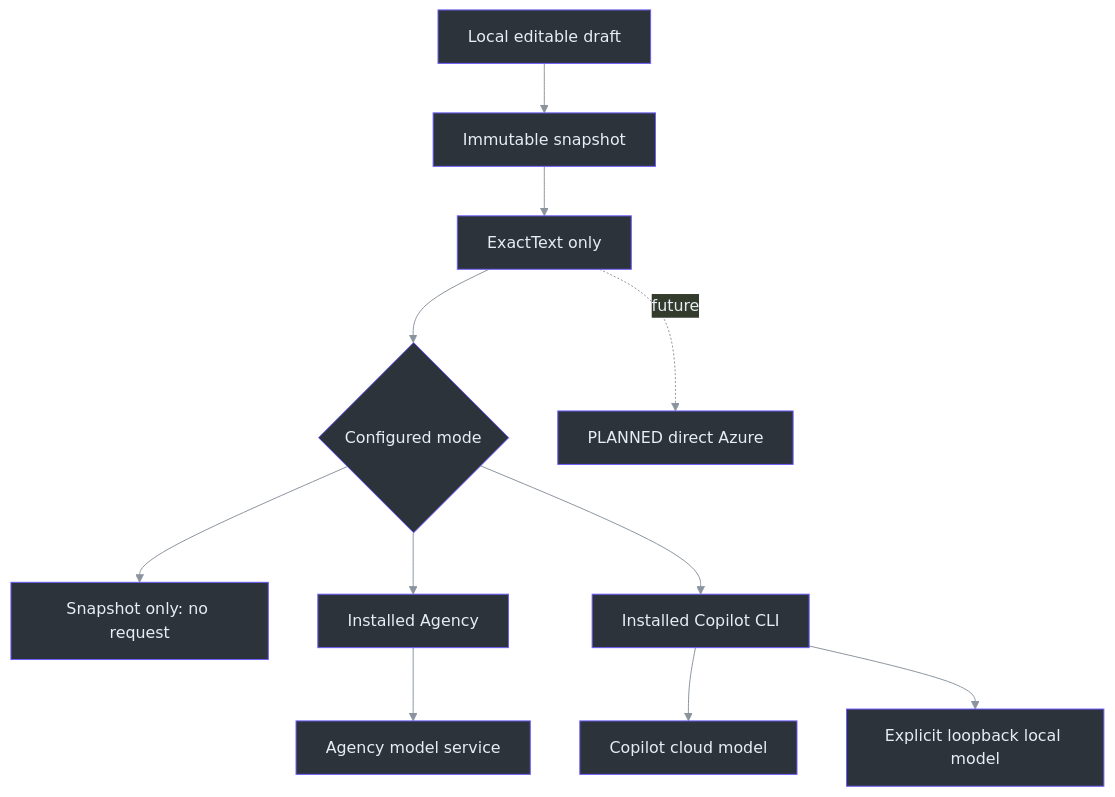
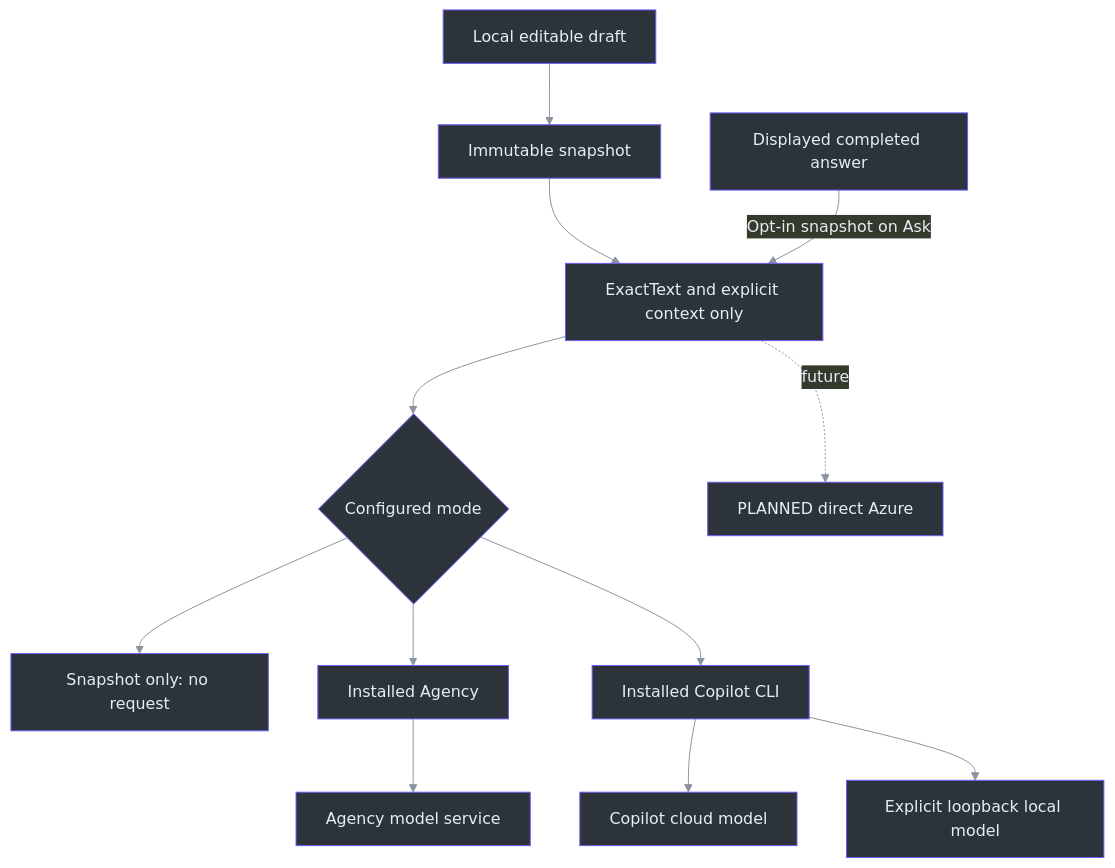
Before and after one commit to Zanark/phantom-fudge: the diagram in docs/handbook/assets/diagrams/answer-providers-01.mmd, drawn with Mermaid. The commit also changed 129 other files, not shown here.

```diff
--- a/docs/handbook/assets/diagrams/answer-providers-01.mmd
+++ b/docs/handbook/assets/diagrams/answer-providers-01.mmd
@@ -1,22 +1,23 @@
 ---
 config:
   theme: base
   themeVariables:
     primaryColor: "#2d333b"
     primaryBorderColor: "#6d5dfc"
     primaryTextColor: "#e6edf3"
     lineColor: "#8b949e"
 ---
 flowchart TB
     accTitle: One question with an explicitly selected answer destination
-    accDescr: A snapshot feeds only ExactText to a provider. Snapshot-only, Copilot cloud and local model modes are distinct; a direct Azure adapter is future work.
+    accDescr: A snapshot supplies ExactText plus separately opted-in context to one selected provider. Snapshot-only never sends; direct Azure remains future work.
     Draft["Local editable draft"] --> Snapshot["Immutable snapshot"]
-    Snapshot --> Exact["ExactText only"]
+    Snapshot --> Exact["ExactText and explicit context only"]
+    Previous["Displayed completed answer"] -->|Opt-in snapshot on Ask| Exact
     Exact --> Choice{"Configured mode"}
     Choice --> NoSend["Snapshot only: no request"]
     Choice --> Agency["Installed Agency"]
     Agency --> Remote["Agency model service"]
     Choice --> CLI["Installed Copilot CLI"]
     CLI --> GitHub["Copilot cloud model"]
     CLI --> Local["Explicit loopback local model"]
     Exact -. future .-> Azure["PLANNED direct Azure"]
```
